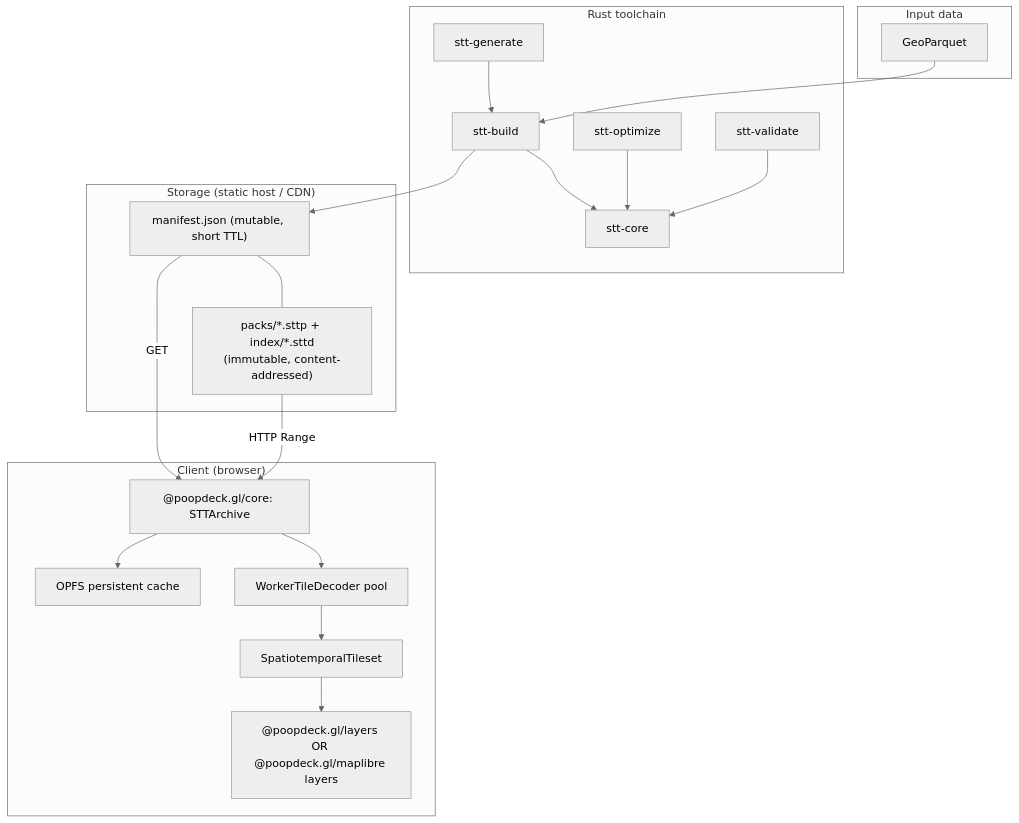
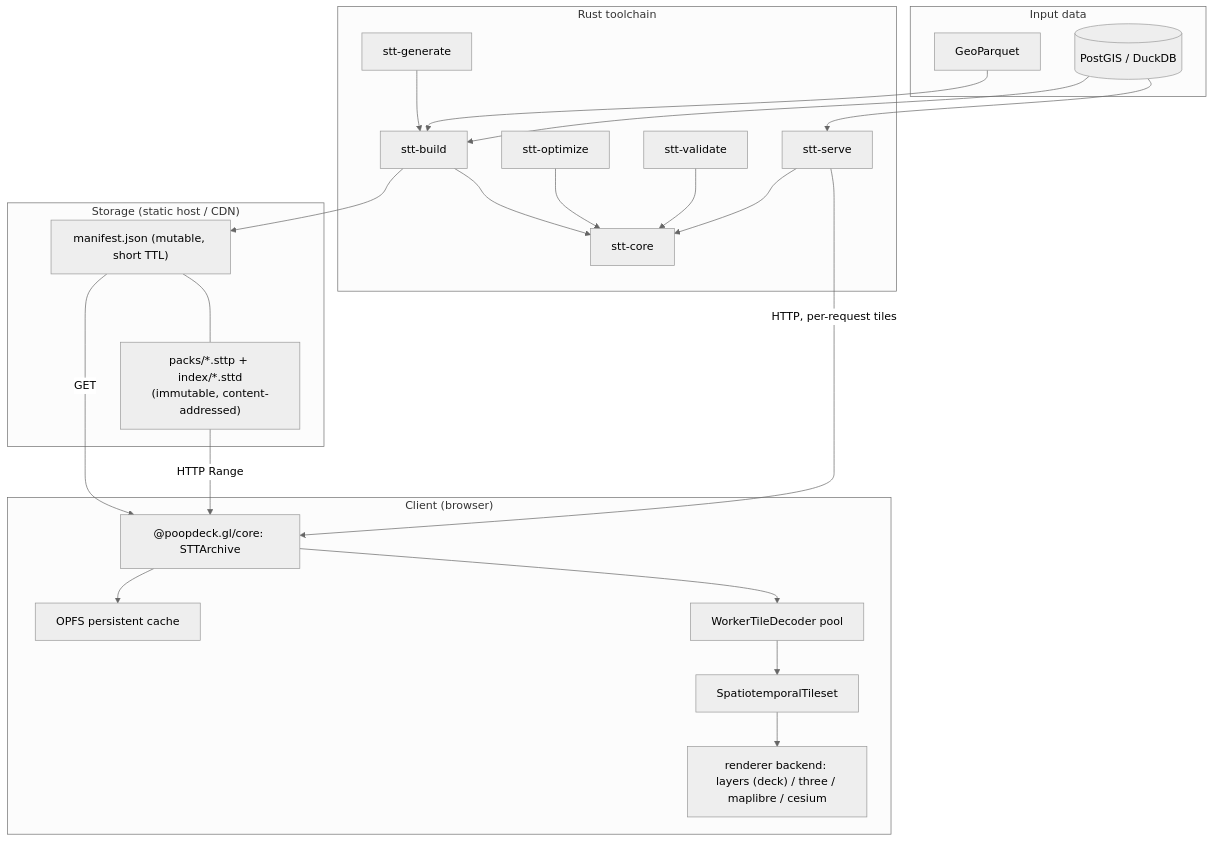
The diagram in docs/architecture/system-overview.md (BertCh/poopdeck.gl), drawn with Mermaid (neutral theme) before and after one commit. The commit also changed other lines of this file and 74 other files, not shown here.

First line of the commit message:
docs: new api/spec/guide pages for kernel+backends+serve, roadmap decision records, consolidate shipped roadmap docs

````diff
--- a/docs/architecture/system-overview.md
+++ b/docs/architecture/system-overview.md
@@ -7,41 +10,47 @@
 ```mermaid
 graph TD
     subgraph "Input data"
         PARQUET[GeoParquet]
+        DB[(PostGIS / DuckDB)]
     end
 
     subgraph "Rust toolchain"
         BUILD[stt-build]
         OPTIMIZE[stt-optimize]
         VALIDATE[stt-validate]
         GEN[stt-generate]
+        SERVE[stt-serve]
         CORE_RS[stt-core]
         BUILD --> CORE_RS
         OPTIMIZE --> CORE_RS
         VALIDATE --> CORE_RS
         GEN --> BUILD
+        SERVE --> CORE_RS
     end
 
     subgraph "Storage (static host / CDN)"
         MANIFEST["manifest.json (mutable, short TTL)"]
         PACKS["packs/*.sttp + index/*.sttd<br/>(immutable, content-addressed)"]
         MANIFEST --- PACKS
     end
 
     subgraph "Client (browser)"
         ARCHIVE["@poopdeck.gl/core: STTArchive"]
         OPFS["OPFS persistent cache"]
         DECODER["WorkerTileDecoder pool"]
         TILESET[SpatiotemporalTileset]
-        LAYERS["@poopdeck.gl/layers OR @poopdeck.gl/maplibre layers"]
+        LAYERS["renderer backend: layers (deck) / three / maplibre / cesium"]
         ARCHIVE --> OPFS
         ARCHIVE --> DECODER
         DECODER --> TILESET
         TILESET --> LAYERS
     end
 
     PARQUET --> BUILD
+    DB --> BUILD
+    DB --> SERVE
     BUILD --> MANIFEST
     MANIFEST -->|GET| ARCHIVE
     PACKS -->|HTTP Range| ARCHIVE
+    SERVE -->|HTTP, per-request tiles| ARCHIVE
 ```
````
